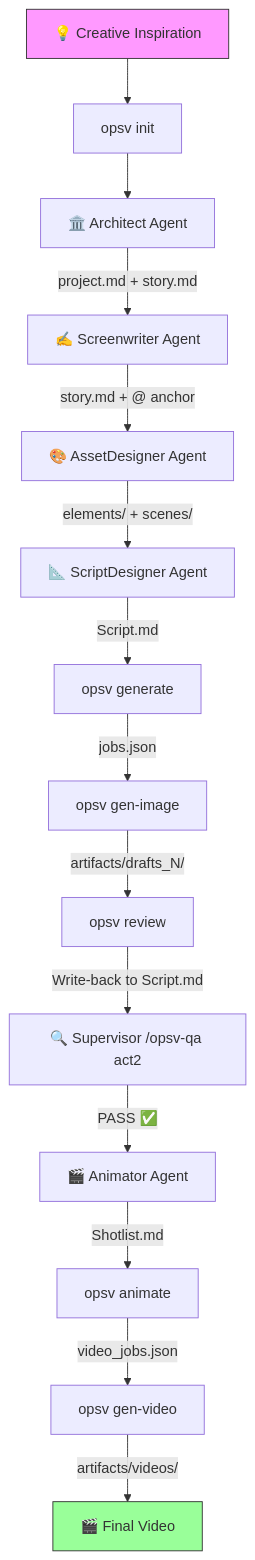
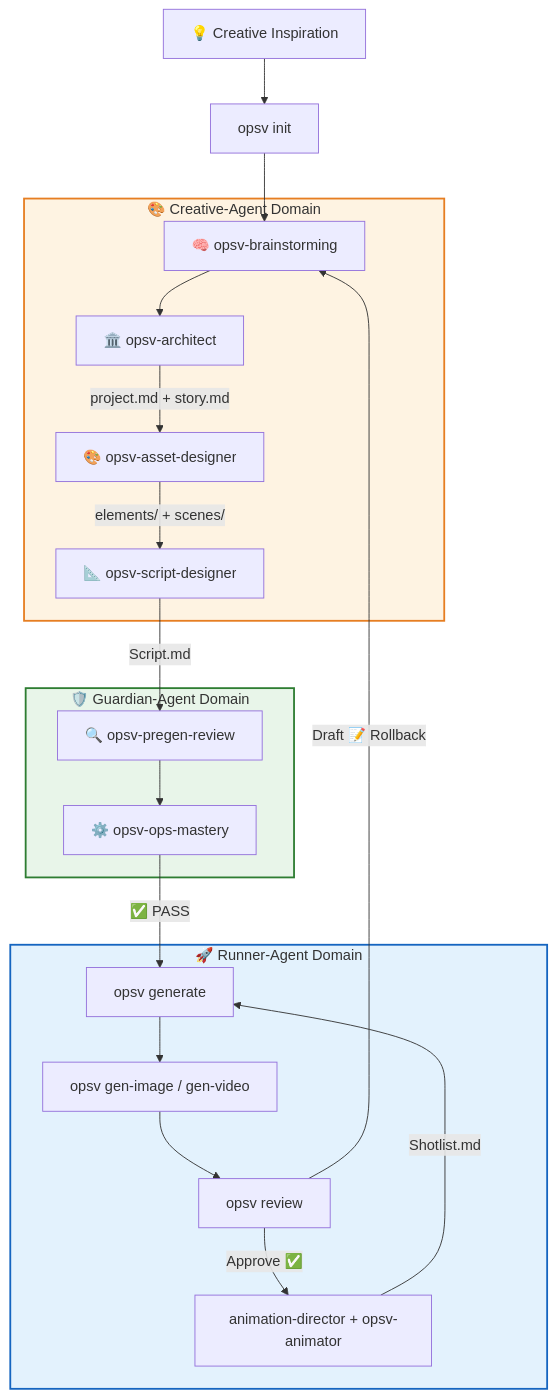
The diagram in docs/en/02-WORKFLOW.md (mr7thing/openspec-video), drawn with Mermaid before and after one commit. The commit also changed other lines of this file and 18 other files, not shown here.

Commit message:
docs: add comprehensive documentation and templates for project workflow, CLI reference, configuration, and agent skills

````diff
--- a/docs/en/02-WORKFLOW.md
+++ b/docs/en/02-WORKFLOW.md
@@ -9,19 +9,44 @@
 ```mermaid
 flowchart TD
     START["💡 Creative Inspiration"] --> INIT["opsv init"]
-    INIT --> ARCH["🏛️ Architect Agent"]
-    ARCH -->|"project.md + story.md"| WRITE["✍️ Screenwriter Agent"]
-    WRITE -->|"story.md + @ anchor"| ASSET["🎨 AssetDesigner Agent"]
-    ASSET -->|"elements/ + scenes/"| SCRIPT["📐 ScriptDesigner Agent"]
-    SCRIPT -->|"Script.md"| GEN["opsv generate"]
-    GEN -->|"jobs.json"| EXEC["opsv gen-image"]
-    EXEC -->|"artifacts/drafts_N/"| REVIEW["opsv review"]
-    REVIEW -->|"Write-back to Script.md"| QA2["🔍 Supervisor /opsv-qa act2"]
-    QA2 -->|"PASS ✅"| ANIM["🎬 Animator Agent"]
-    ANIM -->|"Shotlist.md"| COMPILE["opsv animate"]
-    COMPILE -->|"video_jobs.json"| VIDGEN["opsv gen-video"]
-    VIDGEN -->|"artifacts/videos/"| DONE["🎬 Final Video"]
 
-    style START fill:#f9f,stroke:#333
-    style DONE fill:#9f9,stroke:#333
+    subgraph Creative["🎨 Creative-Agent Domain"]
+        BRAIN["🧠 opsv-brainstorming"]
+        ARCH["🏛️ opsv-architect"]
+        ASSET["🎨 opsv-asset-designer"]
+        SCRIPT["📐 opsv-script-designer"]
+
+        BRAIN --> ARCH
+        ARCH -->|"project.md + story.md"| ASSET
+        ASSET -->|"elements/ + scenes/"| SCRIPT
+    end
+
+    INIT --> BRAIN
+
+    subgraph Guardian["🛡️ Guardian-Agent Domain"]
+        PREGEN["🔍 opsv-pregen-review"]
+        OPS["⚙️ opsv-ops-mastery"]
+
+        PREGEN --> OPS
+    end
+
+    SCRIPT -->|"Script.md"| PREGEN
+
+    subgraph Runner["🚀 Runner-Agent Domain"]
+        GEN["opsv generate"]
+        RENDER["opsv gen-image / gen-video"]
+        REVIEW["opsv review"]
+        ANIM["animation-director + opsv-animator"]
+    end
+
+    OPS -->|"✅ PASS"| GEN
+    GEN --> RENDER
+    RENDER --> REVIEW
+    REVIEW -->|"Approve ✅"| ANIM
+    ANIM -->|"Shotlist.md"| GEN
+    REVIEW -->|"Draft 📝 Rollback"| BRAIN
+
+    style Creative fill:#fef3e2,stroke:#e67e22,stroke-width:2px
+    style Guardian fill:#e8f5e9,stroke:#2e7d32,stroke-width:2px
+    style Runner fill:#e3f2fd,stroke:#1565c0,stroke-width:2px
 ```
````
